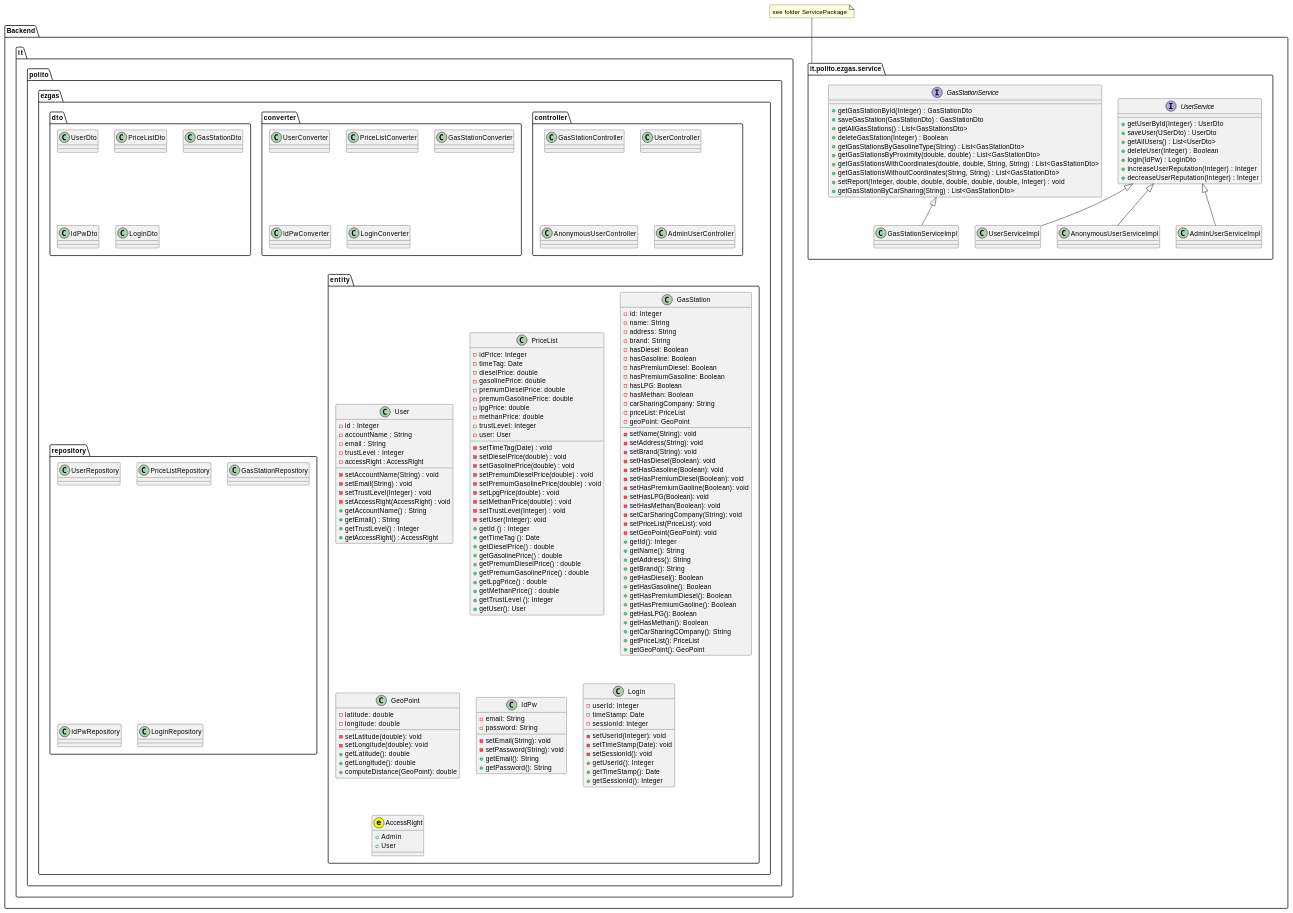
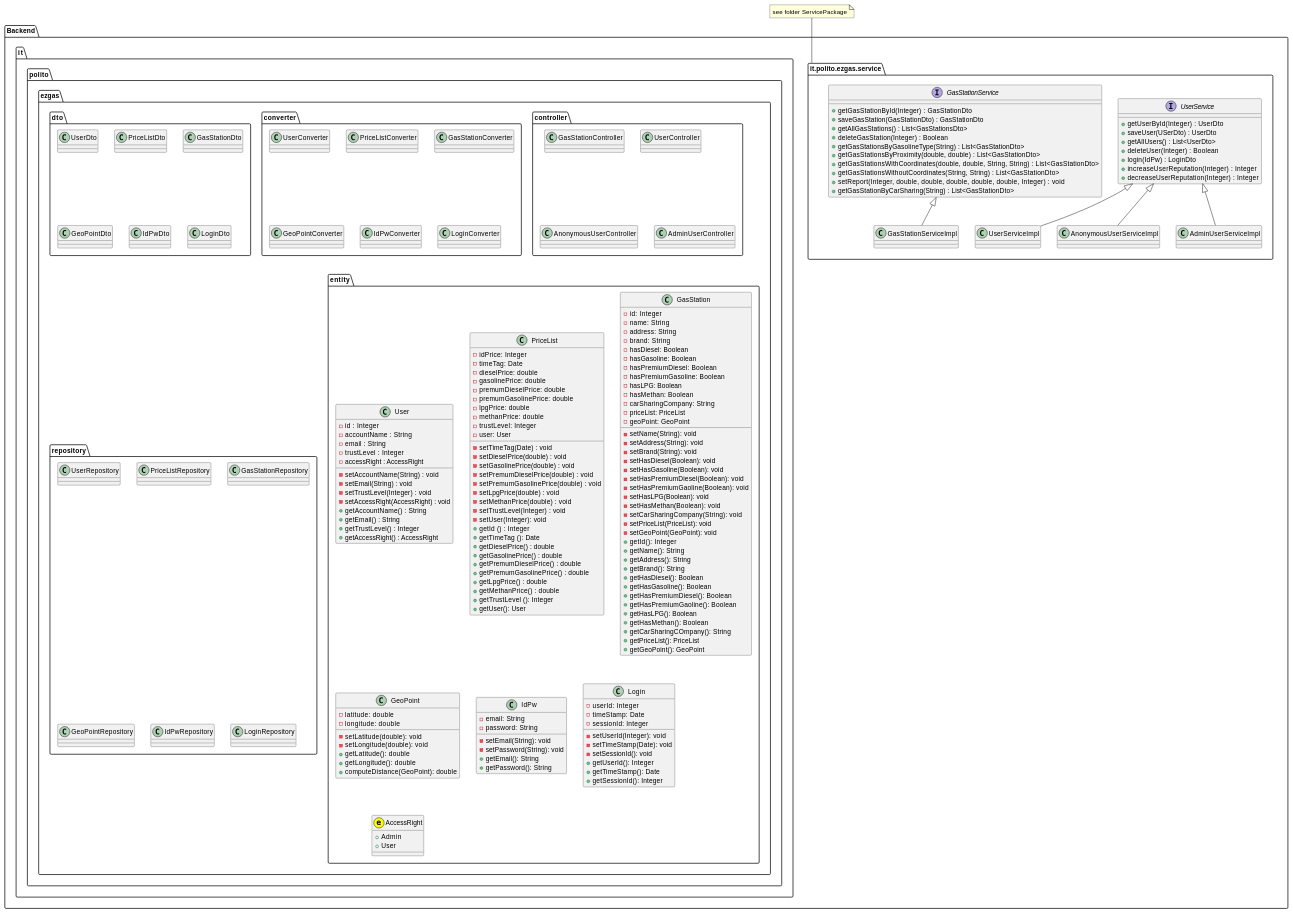
The fourth of 4 diagrams in docs/DesignDocument.md (polito-se2-2020-team6/ezgas), drawn with PlantUML before and after one commit.

Commit message:
docs: add GeoPoint classes in Dto, Converter, Repository packages

```diff
--- a/docs/DesignDocument.md
+++ b/docs/DesignDocument.md
@@ -268,6 +268,7 @@
 	class "UserConverter"
 	class "PriceListConverter"
 	class "GasStationConverter"
+	class "GeoPointConverter"
 	class "IdPwConverter"
 	class "LoginConverter"
 }
@@ -276,6 +277,7 @@
 	class "UserDto"
 	class "PriceListDto"
 	class "GasStationDto"
+	class "GeoPointDto"
 	class "IdPwDto"
 	class "LoginDto"
 }
@@ -406,6 +408,7 @@
 	class "UserRepository"
 	class "PriceListRepository"
 	class "GasStationRepository"
+	class "GeoPointRepository"
 	class "IdPwRepository"
 	class "LoginRepository"
 }
```
